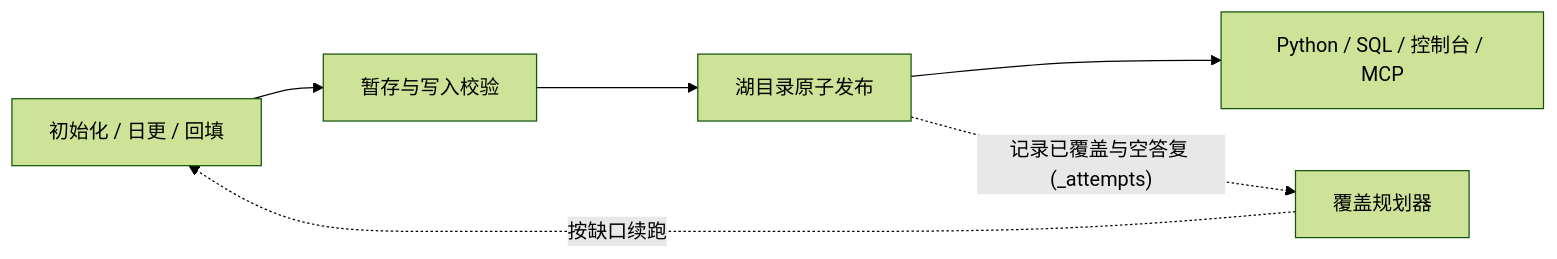
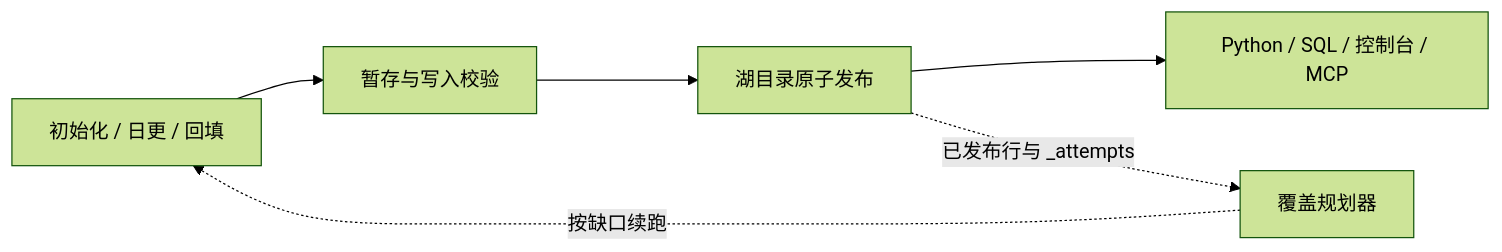
The diagram in docs/zh/index.md (rootSunc/CNEquity), drawn with Mermaid (forest theme) before and after one commit. The commit also changed 75 other files, not shown here.

````diff
--- a/docs/zh/index.md
+++ b/docs/zh/index.md
@@ -5,8 +5,8 @@
 ```mermaid
 flowchart LR
     A["初始化 / 日更 / 回填"] --> B["暂存与写入校验"]
     B --> C["湖目录原子发布"]
     C --> D["Python / SQL / 控制台 / MCP"]
-    C -. "记录已覆盖与空答复 (_attempts)" .-> E["覆盖规划器"]
+    C -. "已发布行与 _attempts" .-> E["覆盖规划器"]
     E -. "按缺口续跑" .-> A
 ```
````
